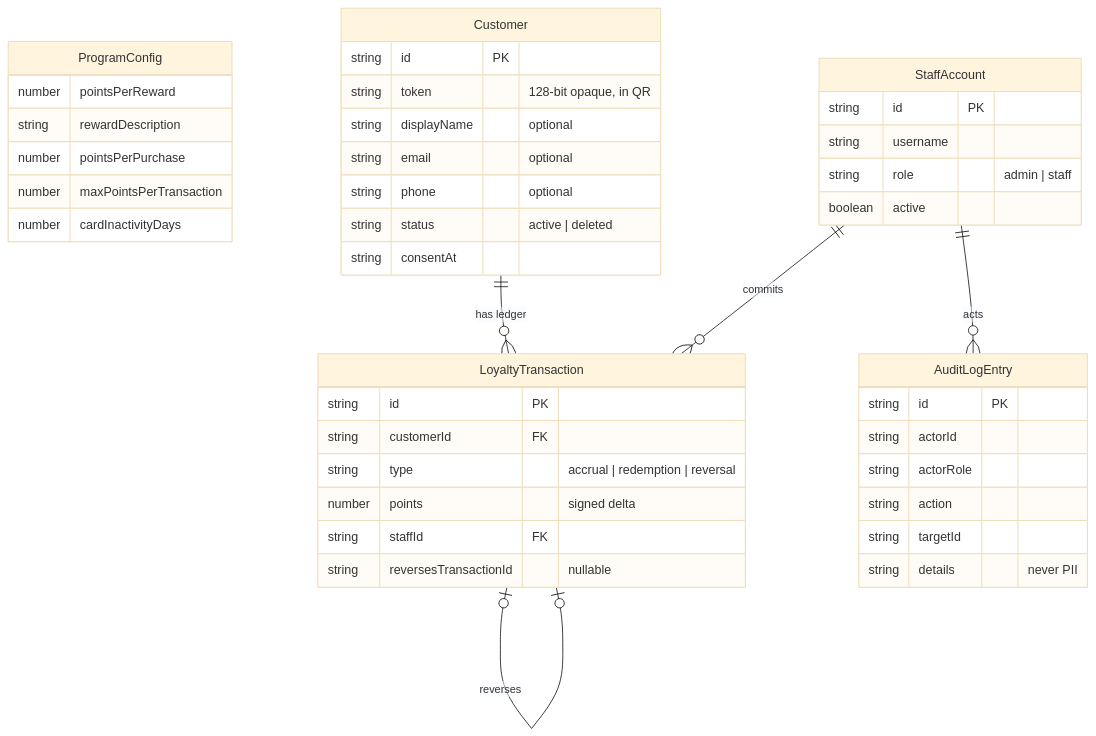
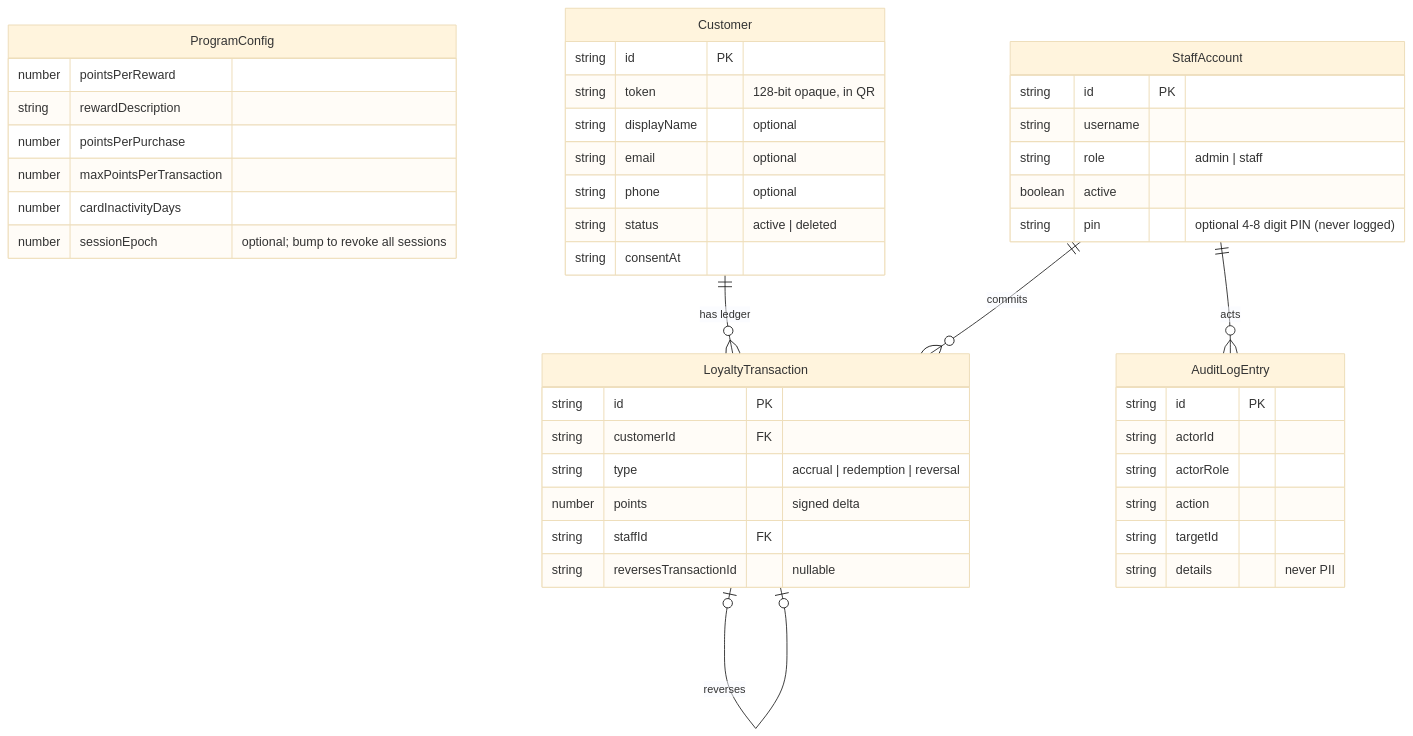
One commit to misch0n/loyalty-system changed the fifth of 6 diagrams in README.md. Above: the diagram before and after it, drawn with Mermaid (base theme). The commit also changed other lines of this file and 2 other files, not shown here.

````diff
--- a/README.md
+++ b/README.md
@@ -222,46 +227,48 @@
 ```mermaid
 erDiagram
     ProgramConfig {
         number pointsPerReward
         string rewardDescription
         number pointsPerPurchase
         number maxPointsPerTransaction
         number cardInactivityDays
+        number sessionEpoch "optional; bump to revoke all sessions"
     }
     StaffAccount {
         string id PK
         string username
         string role "admin | staff"
         boolean active
+        string pin "optional 4-8 digit PIN (never logged)"
     }
     Customer {
         string id PK
         string token "128-bit opaque, in QR"
         string displayName "optional"
         string email "optional"
         string phone "optional"
         string status "active | deleted"
         string consentAt
     }
     LoyaltyTransaction {
         string id PK
         string customerId FK
         string type "accrual | redemption | reversal"
         number points "signed delta"
         string staffId FK
         string reversesTransactionId "nullable"
     }
     AuditLogEntry {
         string id PK
         string actorId
         string actorRole
         string action
         string targetId
         string details "never PII"
     }
 
     Customer ||--o{ LoyaltyTransaction : "has ledger"
     StaffAccount ||--o{ LoyaltyTransaction : "commits"
     LoyaltyTransaction |o--o| LoyaltyTransaction : "reverses"
     StaffAccount ||--o{ AuditLogEntry : "acts"
 ```
````
